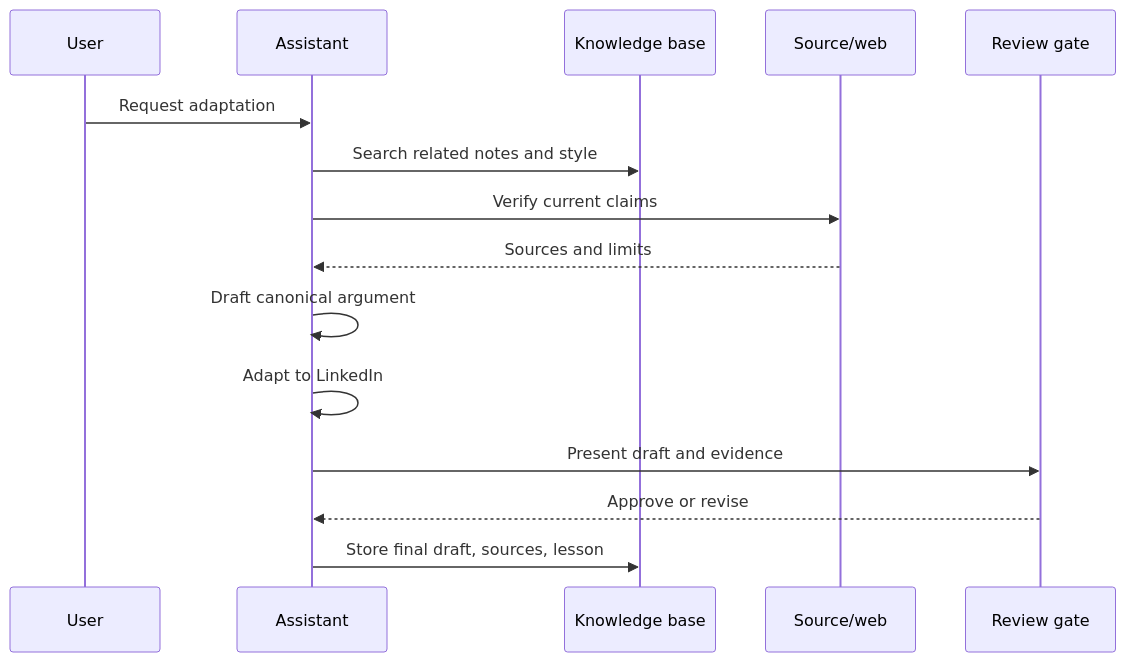
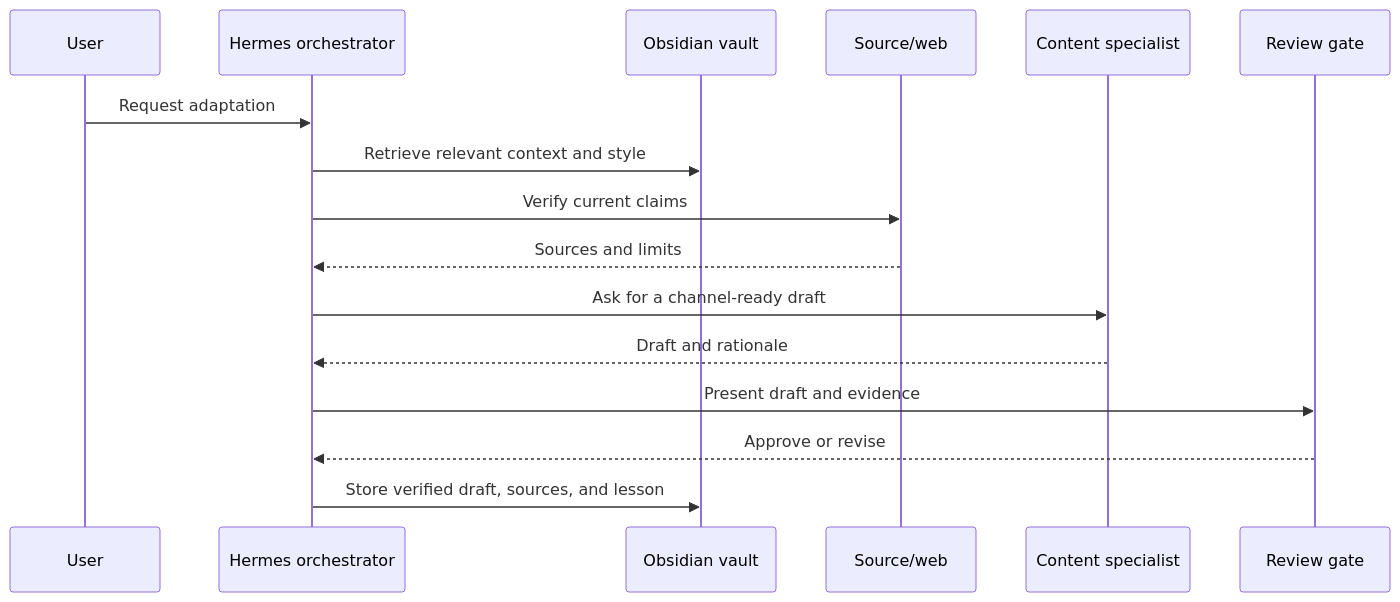
The fourth of 6 diagrams in docs/how-the-system-works.md (dsotos/personal-ai-operating-system), drawn with Mermaid before and after one commit. The commit also changed other lines of this file and 4 other files, not shown here.

Commit message:
docs: clarify Hermes and Obsidian architecture

````diff
--- a/docs/how-the-system-works.md
+++ b/docs/how-the-system-works.md
@@ -44,18 +72,19 @@
 ```mermaid
 sequenceDiagram
     participant U as User
-    participant A as Assistant
-    participant K as Knowledge base
+    participant H as Hermes orchestrator
+    participant K as Obsidian vault
     participant S as Source/web
+    participant W as Content specialist
     participant R as Review gate
 
-    U->>A: Request adaptation
-    A->>K: Search related notes and style
-    A->>S: Verify current claims
-    S-->>A: Sources and limits
-    A->>A: Draft canonical argument
-    A->>A: Adapt to LinkedIn
-    A->>R: Present draft and evidence
-    R-->>A: Approve or revise
-    A->>K: Store final draft, sources, lesson
+    U->>H: Request adaptation
+    H->>K: Retrieve relevant context and style
+    H->>S: Verify current claims
+    S-->>H: Sources and limits
+    H->>W: Ask for a channel-ready draft
+    W-->>H: Draft and rationale
+    H->>R: Present draft and evidence
+    R-->>H: Approve or revise
+    H->>K: Store verified draft, sources, and lesson
 ```
````
